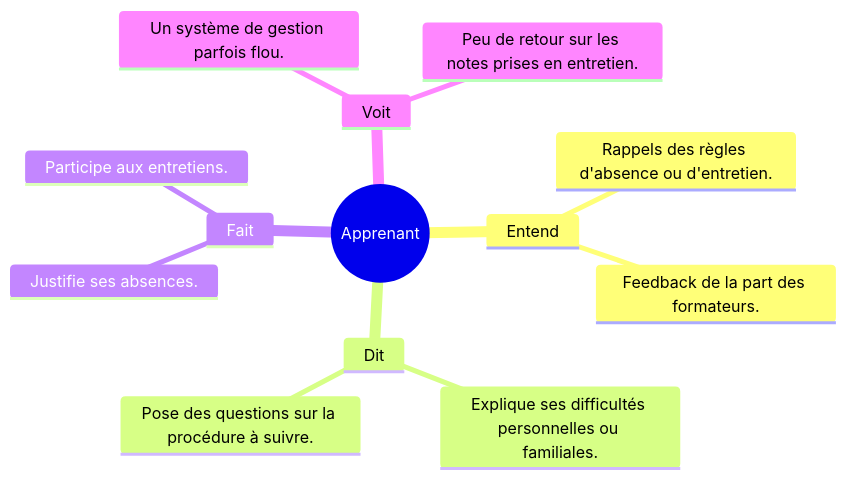
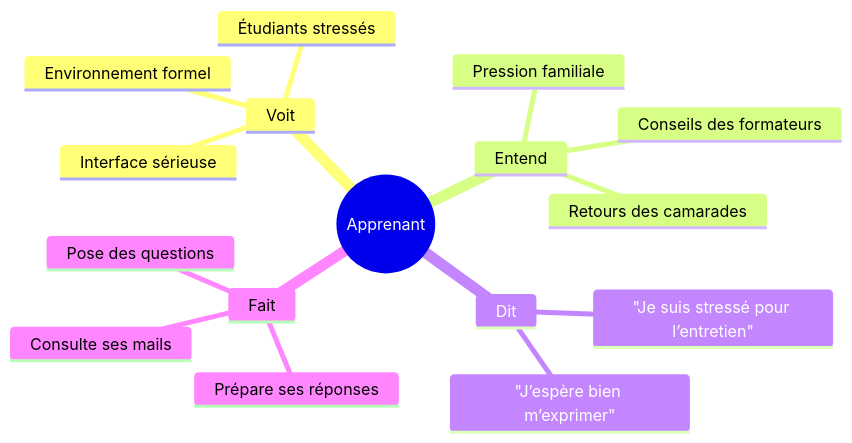
The diagram in Branche Fonctionnelle/UX-Design/Carte_Empathie_Apprenant.mmd (bardichoussama/FileRouge), drawn with Mermaid before and after one commit. The commit also changed 348 other files, not shown here.

```diff
--- a/Branche Fonctionnelle/UX-Design/Carte_Empathie_Apprenant.mmd
+++ b/Branche Fonctionnelle/UX-Design/Carte_Empathie_Apprenant.mmd
@@ -1,14 +1,17 @@
 mindmap
   root((Apprenant))
+    Voit
+      Étudiants stressés
+      Environnement formel
+      Interface sérieuse
     Entend
-      Rappels des règles d'absence ou d'entretien.
-      Feedback de la part des formateurs.
+      Conseils des formateurs
+      Retours des camarades
+      Pression familiale
     Dit
-      Explique ses difficultés personnelles ou familiales.
-      Pose des questions sur la procédure à suivre.
+      "Je suis stressé pour l’entretien"
+      "J’espère bien m’exprimer"
     Fait
-      Justifie ses absences.
-      Participe aux entretiens.
-    Voit
-      Un système de gestion parfois flou.
-      Peu de retour sur les notes prises en entretien.
+      Prépare ses réponses
+      Consulte ses mails
+      Pose des questions
```
